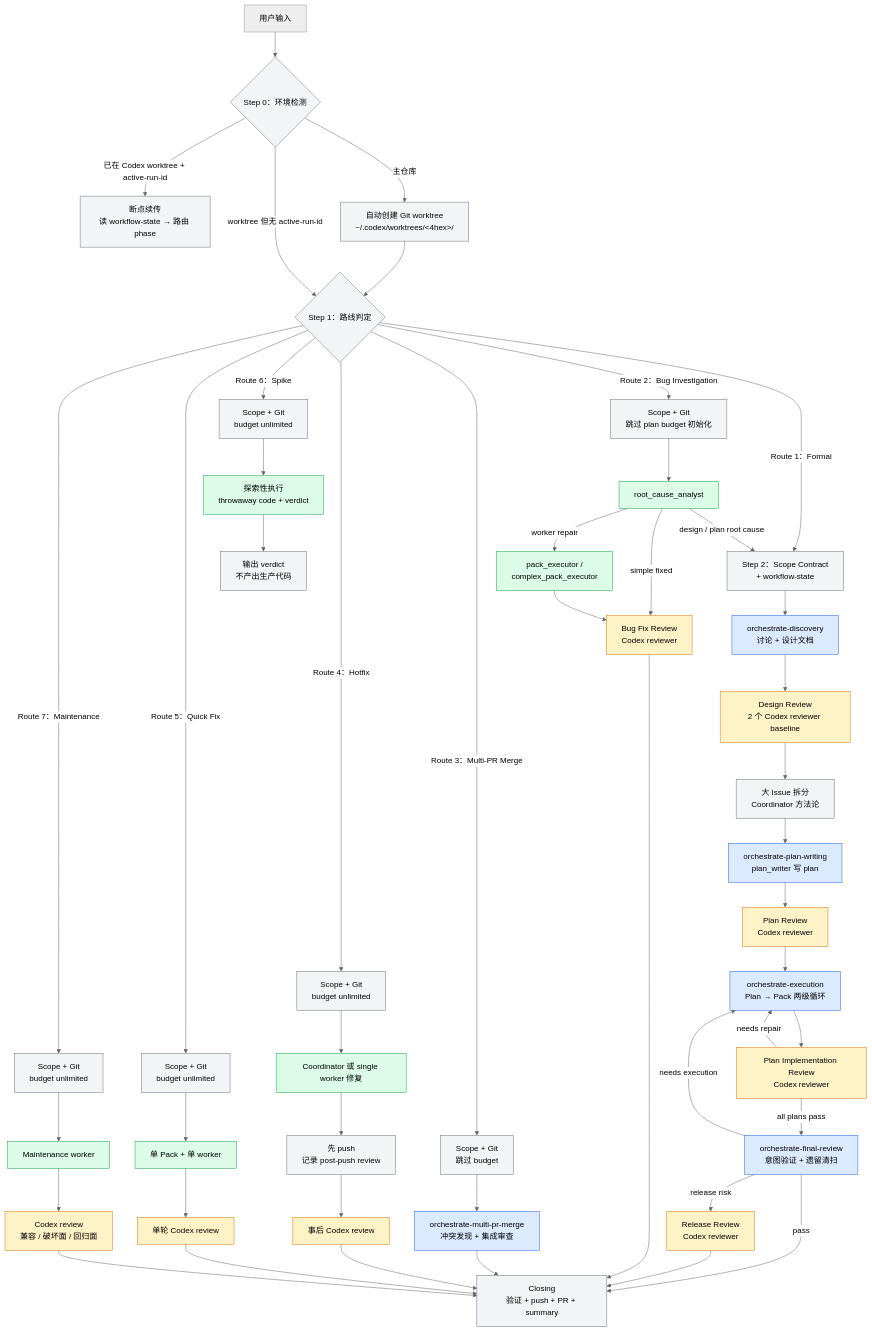
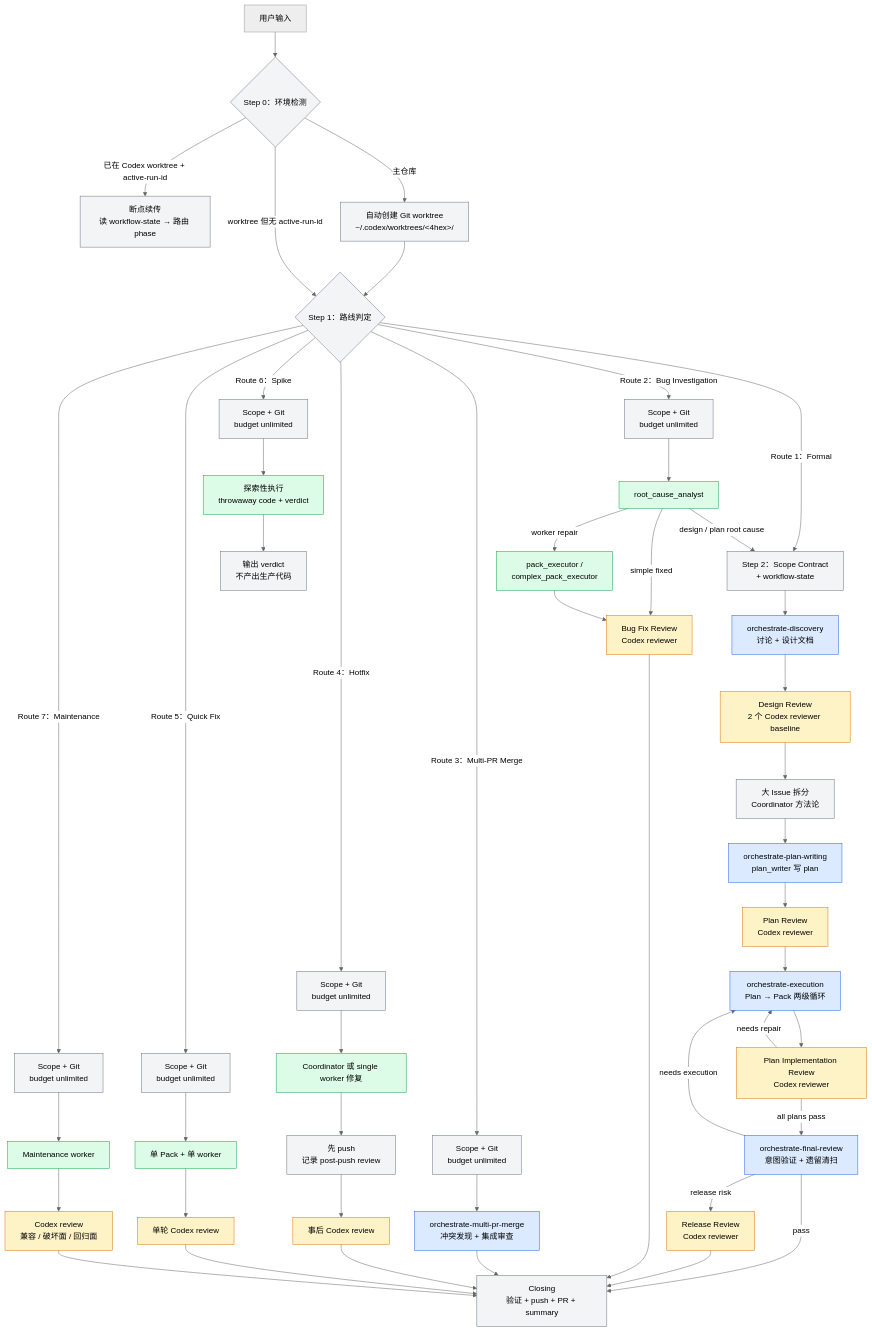
Before and after one commit to chancheuklap/multi-model-workflow: the first of 4 diagrams in codex-orchestrate/architecture-draft.md, drawn with Mermaid (neutral theme). The commit also changed other lines of this file and 29 other files, not shown here.

````diff
--- a/codex-orchestrate/architecture-draft.md
+++ b/codex-orchestrate/architecture-draft.md
@@ -28,62 +28,62 @@
 ```mermaid
 flowchart TD
     classDef skill fill:#dbeafe,stroke:#2563eb
     classDef agent fill:#dcfce7,stroke:#16a34a
     classDef review fill:#fef3c7,stroke:#d97706
     classDef extSkill fill:#f3e8ff,stroke:#9333ea
     classDef coord fill:#f3f4f6,stroke:#6b7280
     classDef broken fill:#fee2e2,stroke:#dc2626,stroke-dasharray: 5 5
 
     A["用户输入"] --> ENV{"Step 0：环境检测"}:::coord
     ENV -->|"已在 Codex worktree + active-run-id"| RESUME["断点续传\n读 workflow-state → 路由 phase"]:::coord
     ENV -->|"主仓库"| WT["自动创建 Git worktree\n~/.codex/worktrees/<4hex>/<repo>"]:::coord
     WT --> B{"Step 1：路线判定"}:::coord
     ENV -->|"worktree 但无 active-run-id"| B
 
     B -->|"Route 1：Formal"| INFRA["Step 2：Scope Contract\n+ workflow-state"]:::coord
     INFRA --> DISC["orchestrate-discovery\n讨论 + 设计文档"]:::skill
     DISC --> DR["Design Review\n2 个 Codex reviewer baseline"]:::review
     DR --> ISSUE["大 Issue 拆分\nCoordinator 方法论"]:::coord
     ISSUE --> PLAN["orchestrate-plan-writing\nplan_writer 写 plan"]:::skill
     PLAN --> PR["Plan Review\nCodex reviewer"]:::review
     PR --> EXEC["orchestrate-execution\nPlan → Pack 两级循环"]:::skill
     EXEC --> PIR["Plan Implementation Review\nCodex reviewer"]:::review
     PIR -->|"needs repair"| EXEC
     PIR -->|"all plans pass"| FINAL["orchestrate-final-review\n意图验证 + 遗留清扫"]:::skill
     FINAL -->|"needs execution"| EXEC
     FINAL -->|"release risk"| REL["Release Review\nCodex reviewer"]:::review
     FINAL -->|"pass"| CLOSE["Closing\n验证 + push + PR + summary"]:::coord
     REL --> CLOSE
 
-    B -->|"Route 2：Bug Investigation"| BUG_INFRA["Scope + Git\n跳过 plan budget 初始化"]:::coord
+    B -->|"Route 2：Bug Investigation"| BUG_INFRA["Scope + Git\nbudget unlimited"]:::coord
     BUG_INFRA --> RCA["root_cause_analyst"]:::agent
     RCA -->|"simple fixed"| BRV["Bug Fix Review\nCodex reviewer"]:::review
     RCA -->|"worker repair"| BWORK["pack_executor /\ncomplex_pack_executor"]:::agent
     BWORK --> BRV
     RCA -->|"design / plan root cause"| INFRA
     BRV --> CLOSE
 
-    B -->|"Route 3：Multi-PR Merge"| MPR_INFRA["Scope + Git\n跳过 budget"]:::coord
+    B -->|"Route 3：Multi-PR Merge"| MPR_INFRA["Scope + Git\nbudget unlimited"]:::coord
     MPR_INFRA --> MPR["orchestrate-multi-pr-merge\n冲突发现 + 集成审查"]:::skill
     MPR --> CLOSE
 
     B -->|"Route 4：Hotfix"| HF_INFRA["Scope + Git\nbudget unlimited"]:::coord
     HF_INFRA --> HF_WORK["Coordinator 或 single worker 修复"]:::agent
     HF_WORK --> HF_PUSH["先 push\n记录 post-push review"]:::coord
     HF_PUSH --> HF_REVIEW["事后 Codex review"]:::review
     HF_REVIEW --> CLOSE
 
     B -->|"Route 5：Quick Fix"| QF_INFRA["Scope + Git\nbudget unlimited"]:::coord
     QF_INFRA --> QF_WORK["单 Pack + 单 worker"]:::agent
     QF_WORK --> QF_REVIEW["单轮 Codex review"]:::review
     QF_REVIEW --> CLOSE
 
     B -->|"Route 6：Spike"| SP_INFRA["Scope + Git\nbudget unlimited"]:::coord
     SP_INFRA --> SP_WORK["探索性执行\nthrowaway code + verdict"]:::agent
     SP_WORK --> SP_OUT["输出 verdict\n不产出生产代码"]:::coord
 
     B -->|"Route 7：Maintenance"| MT_INFRA["Scope + Git\nbudget unlimited"]:::coord
     MT_INFRA --> MT_WORK["Maintenance worker"]:::agent
     MT_WORK --> MT_REVIEW["Codex review\n兼容 / 破坏面 / 回归面"]:::review
     MT_REVIEW --> CLOSE
 ```
````
